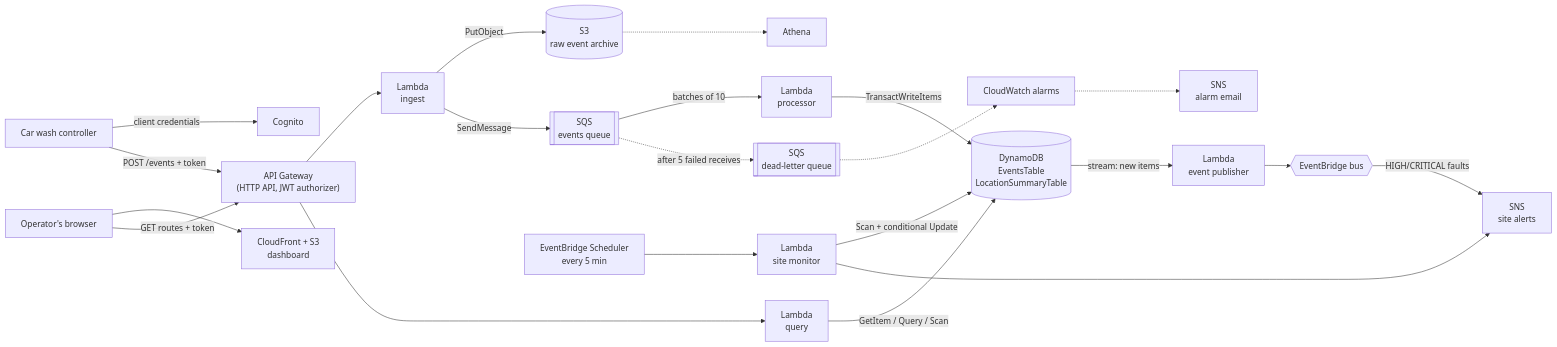
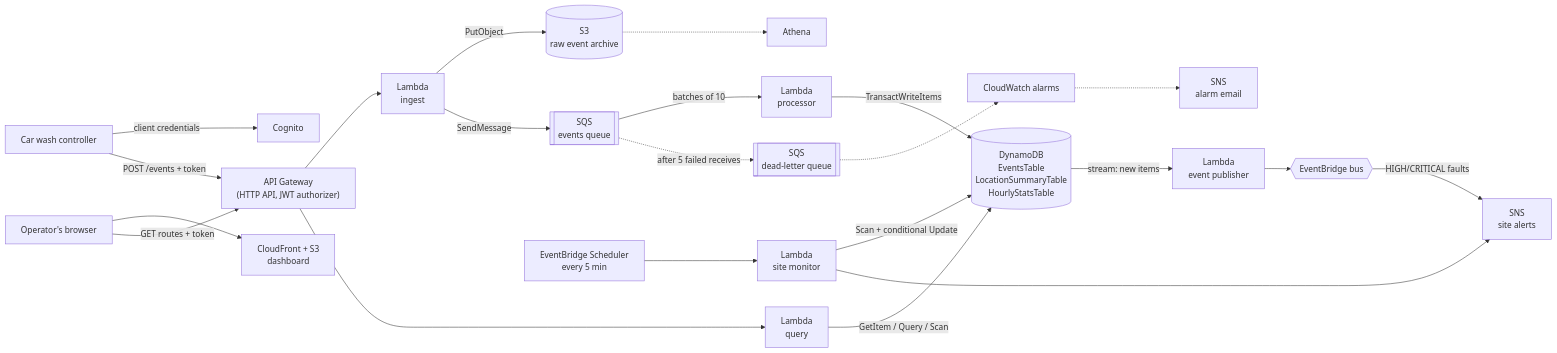
The first of 2 diagrams in README.md (JesDiaz01/Washop-aws), drawn with Mermaid before and after one commit. The commit also changed other lines of this file and 3 other files, not shown here.

First line of the commit message:
Chart each site's wash revenue for the last 7 days on the dashboard

````diff
--- a/README.md
+++ b/README.md
@@ -73,23 +73,23 @@
 ```mermaid
 flowchart LR
     C["Car wash controller"] -->|"client credentials"| COG["Cognito"]
     C -->|"POST /events + token"| APIGW["API Gateway<br/>(HTTP API, JWT authorizer)"]
     APIGW --> ING["Lambda<br/>ingest"]
     ING -->|"PutObject"| S3[("S3<br/>raw event archive")]
     ING -->|"SendMessage"| Q[["SQS<br/>events queue"]]
     Q -->|"batches of 10"| PROC["Lambda<br/>processor"]
     Q -.->|"after 5 failed receives"| DLQ[["SQS<br/>dead-letter queue"]]
-    PROC -->|"TransactWriteItems"| DDB[("DynamoDB<br/>EventsTable<br/>LocationSummaryTable")]
+    PROC -->|"TransactWriteItems"| DDB[("DynamoDB<br/>EventsTable<br/>LocationSummaryTable<br/>HourlyStatsTable")]
     DDB -->|"stream: new items"| PUB["Lambda<br/>event publisher"]
     PUB --> EB{{"EventBridge bus"}}
     EB -->|"HIGH/CRITICAL faults"| ALERTS["SNS<br/>site alerts"]
     SCHED["EventBridge Scheduler<br/>every 5 min"] --> MON["Lambda<br/>site monitor"]
     MON -->|"Scan + conditional Update"| DDB
     MON --> ALERTS
     U["Operator's browser"] --> CF["CloudFront + S3<br/>dashboard"]
     U -->|"GET routes + token"| APIGW
     APIGW --> QRY["Lambda<br/>query"]
     QRY -->|"GetItem / Query / Scan"| DDB
     S3 -.-> ATH["Athena"]
     DLQ -.-> ALARM["CloudWatch alarms"] -.-> SNS["SNS<br/>alarm email"]
 ```
````
